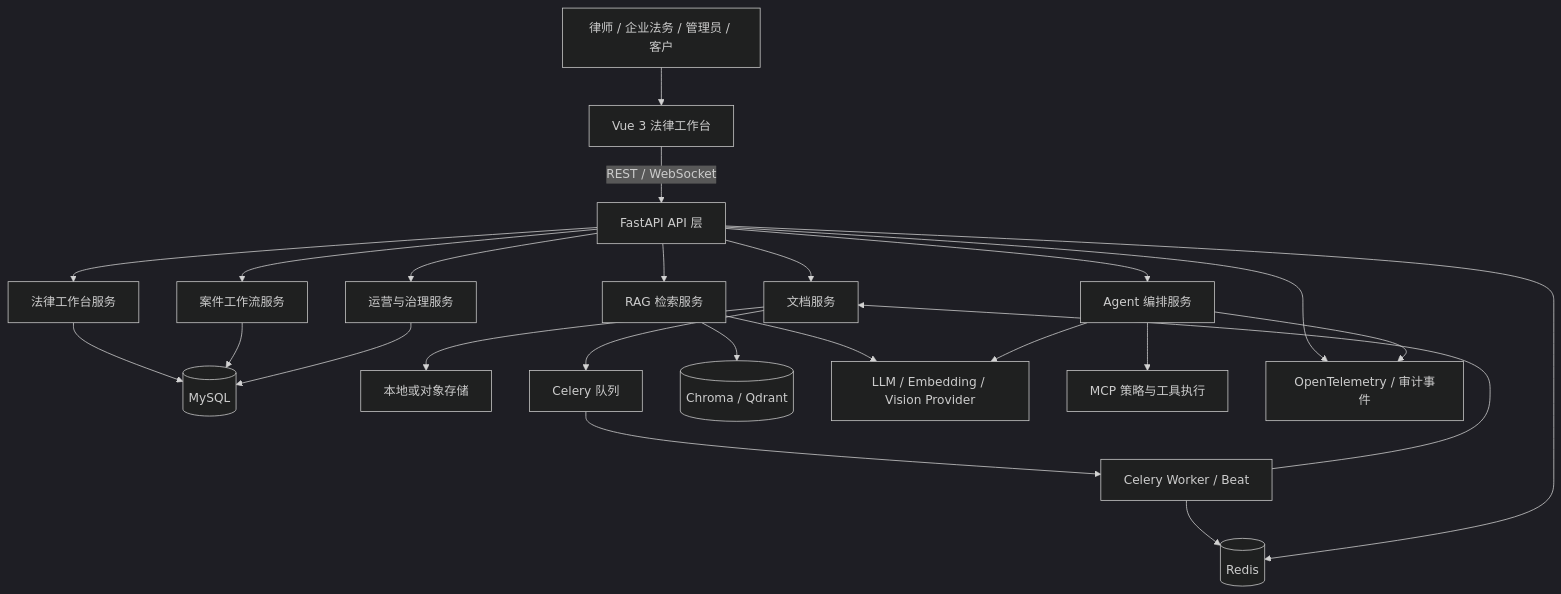
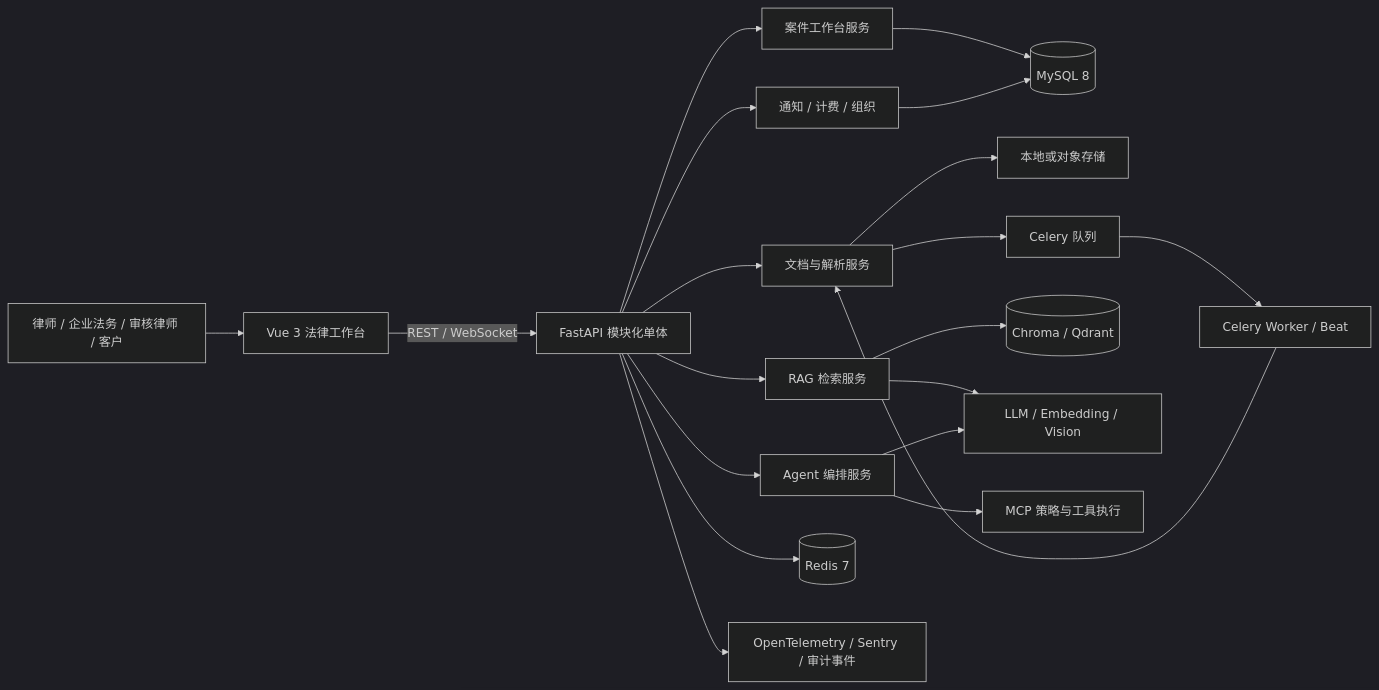
The diagram in README.md (zzh200215/legal-assistant), drawn with Mermaid (dark theme) before and after one commit. The commit also changed other lines of this file and 13 other files, not shown here.

Commit message:
docs: 更新 README 与产品截图

````diff
--- a/README.md
+++ b/README.md
@@ -36,29 +104,22 @@
 ```mermaid
-flowchart TB
-    User[律师 / 企业法务 / 管理员 / 客户] --> Web[Vue 3 法律工作台]
-    Web -->|REST / WebSocket| Api[FastAPI API 层]
-
-    Api --> Legal[法律工作台服务]
-    Api --> Workflow[案件工作流服务]
-    Api --> Doc[文档服务]
-    Api --> Agent[Agent 编排服务]
-    Api --> RAG[RAG 检索服务]
-    Api --> Admin[运营与治理服务]
-
-    Legal --> Mysql[(MySQL)]
-    Workflow --> Mysql
-    Doc --> Storage[本地或对象存储]
-    Doc --> Queue[Celery 队列]
-    RAG --> Vector[(Chroma / Qdrant)]
-    RAG --> Llm[LLM / Embedding / Vision Provider]
-    Agent --> MCP[MCP 策略与工具执行]
-    Agent --> Llm
-    Admin --> Mysql
-
-    Queue --> Worker[Celery Worker / Beat]
-    Worker --> Doc
-    Worker --> Redis[(Redis)]
-    Api --> Redis
-    Api --> OTel[OpenTelemetry / 审计事件]
-    Agent --> OTel
+flowchart LR
+    U["律师 / 企业法务 / 审核律师 / 客户"] --> W["Vue 3 法律工作台"]
+    W -->|"REST / WebSocket"| A["FastAPI 模块化单体"]
+    A --> L["案件工作台服务"]
+    A --> D["文档与解析服务"]
+    A --> R["RAG 检索服务"]
+    A --> G["Agent 编排服务"]
+    A --> N["通知 / 计费 / 组织"]
+    L --> M[("MySQL 8")]
+    N --> M
+    D --> S["本地或对象存储"]
+    D --> Q["Celery 队列"]
+    R --> V[("Chroma / Qdrant")]
+    R --> LLM["LLM / Embedding / Vision"]
+    G --> P["MCP 策略与工具执行"]
+    G --> LLM
+    Q --> C["Celery Worker / Beat"]
+    C --> D
+    A --> RD[("Redis 7")]
+    A --> O["OpenTelemetry / Sentry / 审计事件"]
 ```
````
